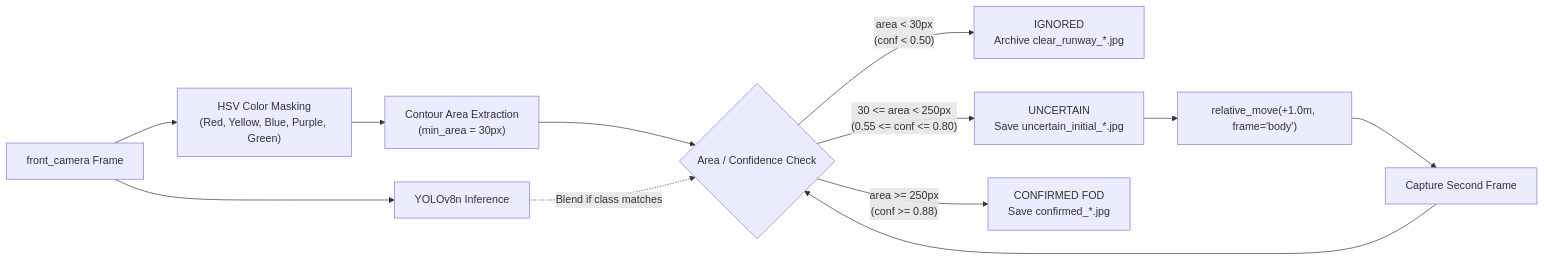
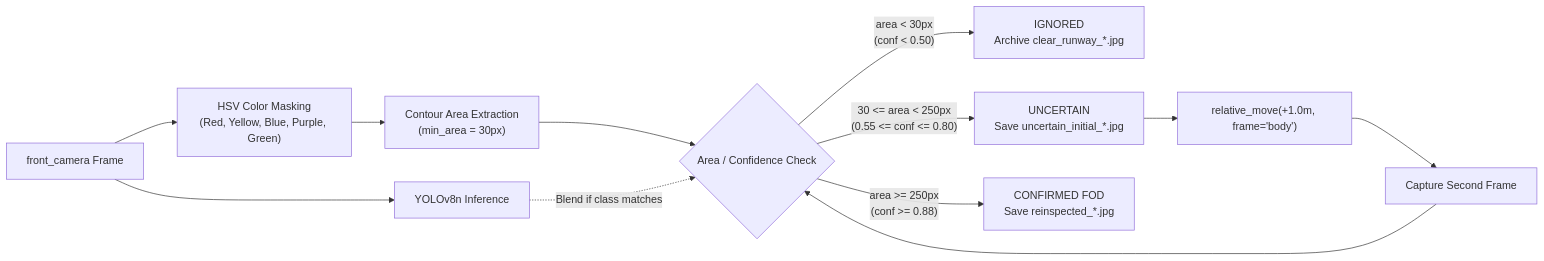
Before and after one commit to prabhatbhatiaa/FOD-Hunter: the second of 2 diagrams in README.md, drawn with Mermaid. The commit also changed other lines of this file, not shown here.

````diff
--- a/README.md
+++ b/README.md
@@ -62,16 +76,16 @@
 ```mermaid
 flowchart LR
     Frame["front_camera Frame"] --> HSV["HSV Color Masking<br/>(Red, Yellow, Blue, Purple, Green)"]
     Frame --> YOLO["YOLOv8n Inference"]
     HSV --> Contours["Contour Area Extraction<br/>(min_area = 30px)"]
     Contours --> Arbiter{"Area / Confidence Check"}
     YOLO -.->|Blend if class matches| Arbiter
 
     Arbiter -->|"area < 30px<br/>(conf < 0.50)"| Clear["IGNORED<br/>Archive clear_runway_*.jpg"]
     Arbiter -->|"30 <= area < 250px<br/>(0.55 <= conf <= 0.80)"| Uncertain["UNCERTAIN<br/>Save uncertain_initial_*.jpg"]
-    Arbiter -->|"area >= 250px<br/>(conf >= 0.88)"| Confirmed["CONFIRMED FOD<br/>Save confirmed_*.jpg"]
+    Arbiter -->|"area >= 250px<br/>(conf >= 0.88)"| Confirmed["CONFIRMED FOD<br/>Save reinspected_*.jpg"]
 
     Uncertain --> Move["relative_move(+1.0m, frame='body')"]
     Move --> Rescan["Capture Second Frame"]
     Rescan --> Arbiter
 ```
````
